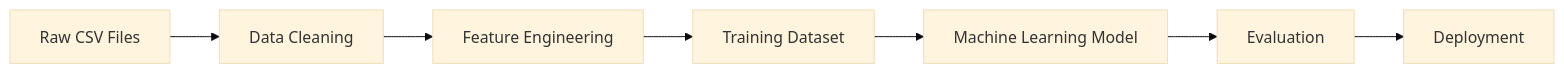
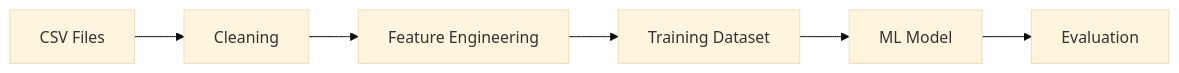
One commit to sai-ganesh-4539/StatVault changed the diagram in Dimensions_Cleaned_Dataset.Analysis.md. Above: the diagram before and after it, drawn with Mermaid (base theme). The commit also changed other lines of this file, not shown here.

````diff
--- a/Dimensions_Cleaned_Dataset.Analysis.md
+++ b/Dimensions_Cleaned_Dataset.Analysis.md
@@ -38,9 +21,8 @@
 ```mermaid
 flowchart LR
-A[Raw CSV Files] --> B[Data Cleaning]
-B --> C[Feature Engineering]
-C --> D[Training Dataset]
-D --> E[Machine Learning Model]
-E --> F[Evaluation]
-F --> G[Deployment]
+A[CSV Files]-->B[Cleaning]
+B-->C[Feature Engineering]
+C-->D[Training Dataset]
+D-->E[ML Model]
+E-->F[Evaluation]
 ```
````
